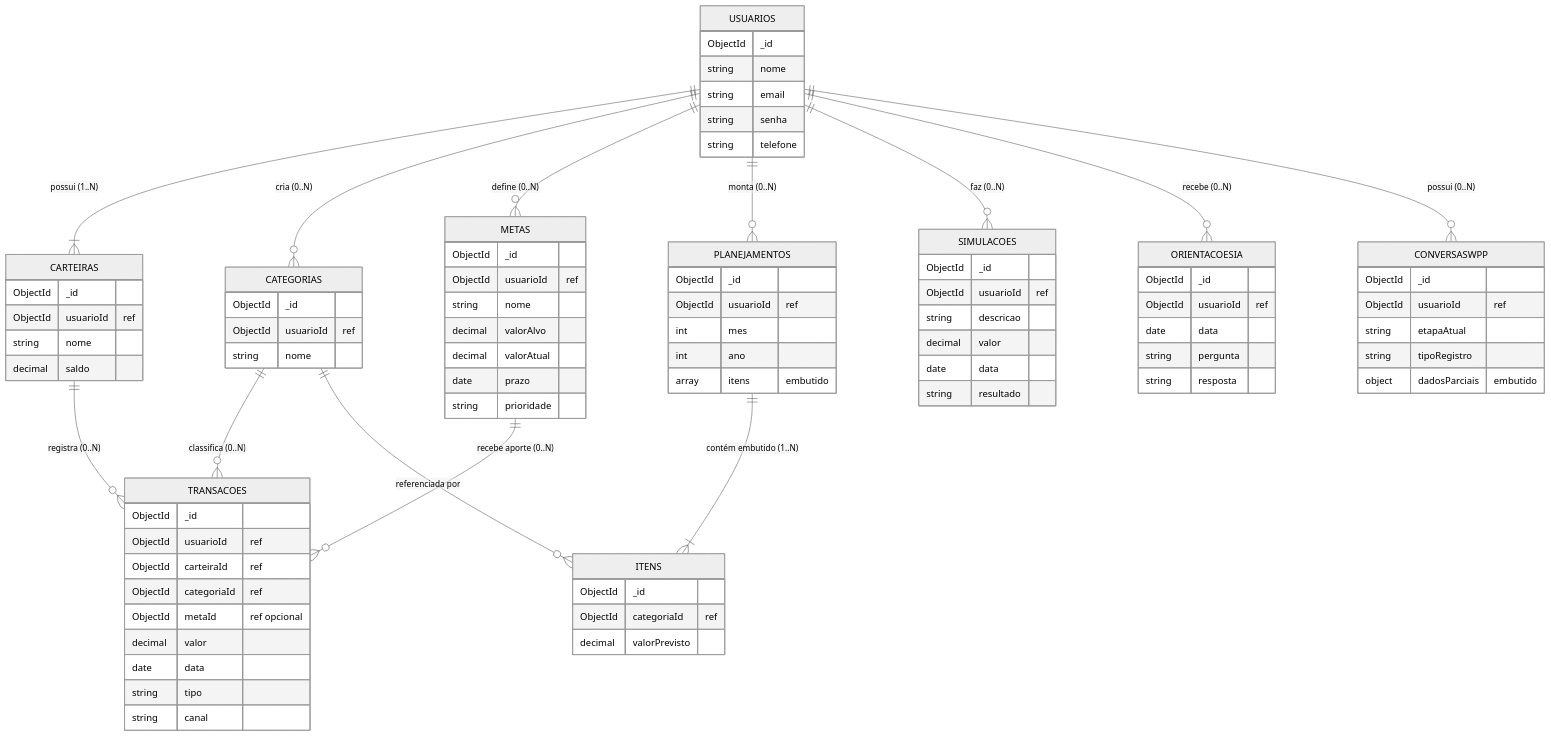
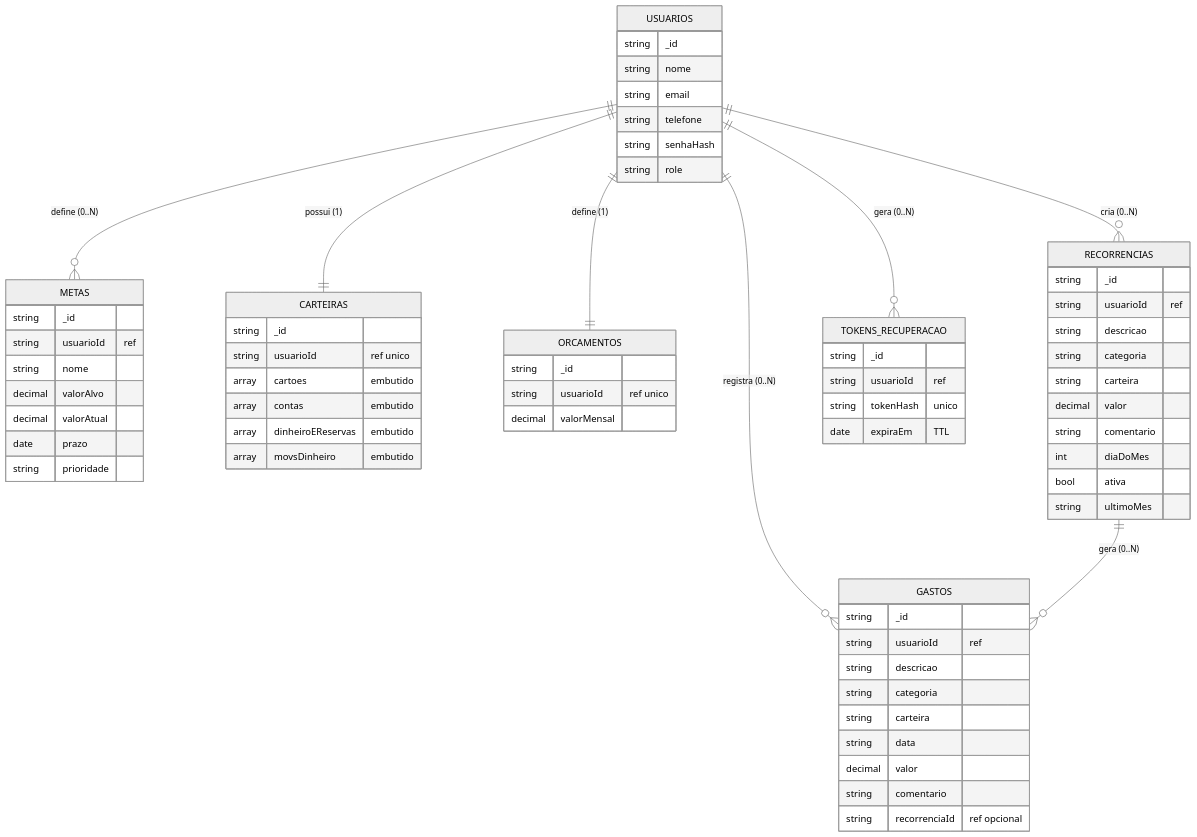
One commit to ICEI-PUC-Minas-PMGES-TI/pmg-es-2026-2-ti2-8183100-meu-bolso changed the diagram in Documentacao/ModeloDeDados.md. Above: the diagram before and after it, drawn with Mermaid (neutral theme). The commit also changed other lines of this file, not shown here.

Commit message:
docs: atualiza modelo de dados com as colecoes implementadas

````diff
--- a/Documentacao/ModeloDeDados.md
+++ b/Documentacao/ModeloDeDados.md
@@ -172,88 +135,70 @@
 ```mermaid
 erDiagram
-    USUARIOS ||--|{ CARTEIRAS : "possui (1..N)"
-    USUARIOS ||--o{ CATEGORIAS : "cria (0..N)"
     USUARIOS ||--o{ METAS : "define (0..N)"
-    USUARIOS ||--o{ PLANEJAMENTOS : "monta (0..N)"
-    USUARIOS ||--o{ SIMULACOES : "faz (0..N)"
-    USUARIOS ||--o{ ORIENTACOESIA : "recebe (0..N)"
-    USUARIOS ||--o{ CONVERSASWPP : "possui (0..N)"
-    CARTEIRAS ||--o{ TRANSACOES : "registra (0..N)"
-    CATEGORIAS ||--o{ TRANSACOES : "classifica (0..N)"
-    METAS ||--o{ TRANSACOES : "recebe aporte (0..N)"
-    PLANEJAMENTOS ||--|{ ITENS : "contém embutido (1..N)"
-    CATEGORIAS ||--o{ ITENS : "referenciada por"
+    USUARIOS ||--|| CARTEIRAS : "possui (1)"
+    USUARIOS ||--o{ GASTOS : "registra (0..N)"
+    USUARIOS ||--|| ORCAMENTOS : "define (1)"
+    USUARIOS ||--o{ RECORRENCIAS : "cria (0..N)"
+    USUARIOS ||--o{ TOKENS_RECUPERACAO : "gera (0..N)"
+    RECORRENCIAS ||--o{ GASTOS : "gera (0..N)"
 
     USUARIOS {
-        ObjectId _id
+        string _id
         string nome
         string email
-        string senha
         string telefone
-    }
-    CARTEIRAS {
-        ObjectId _id
-        ObjectId usuarioId "ref"
-        string nome
-        decimal saldo
-    }
-    CATEGORIAS {
-        ObjectId _id
-        ObjectId usuarioId "ref"
-        string nome
-    }
-    TRANSACOES {
-        ObjectId _id
-        ObjectId usuarioId "ref"
-        ObjectId carteiraId "ref"
-        ObjectId categoriaId "ref"
-        ObjectId metaId "ref opcional"
-        decimal valor
-        date data
-        string tipo
-        string canal
+        string senhaHash
+        string role
     }
     METAS {
-        ObjectId _id
-        ObjectId usuarioId "ref"
+        string _id
+        string usuarioId "ref"
         string nome
         decimal valorAlvo
         decimal valorAtual
         date prazo
         string prioridade
     }
-    PLANEJAMENTOS {
-        ObjectId _id
-        ObjectId usuarioId "ref"
-        int mes
-        int ano
-        array itens "embutido"
+    CARTEIRAS {
+        string _id
+        string usuarioId "ref unico"
+        array cartoes "embutido"
+        array contas "embutido"
+        array dinheiroEReservas "embutido"
+        array movsDinheiro "embutido"
     }
-    ITENS {
-        ObjectId _id
-        ObjectId categoriaId "ref"
-        decimal valorPrevisto
+    GASTOS {
+        string _id
+        string usuarioId "ref"
+        string descricao
+        string categoria
+        string carteira
+        string data
+        decimal valor
+        string comentario
+        string recorrenciaId "ref opcional"
     }
-    SIMULACOES {
-        ObjectId _id
-        ObjectId usuarioId "ref"
+    ORCAMENTOS {
+        string _id
+        string usuarioId "ref unico"
+        decimal valorMensal
+    }
+    RECORRENCIAS {
+        string _id
+        string usuarioId "ref"
         string descricao
+        string categoria
+        string carteira
         decimal valor
-        date data
-        string resultado
+        string comentario
+        int diaDoMes
+        bool ativa
+        string ultimoMes
     }
-    ORIENTACOESIA {
-        ObjectId _id
-        ObjectId usuarioId "ref"
-        date data
-        string pergunta
-        string resposta
-    }
-    CONVERSASWPP {
-        ObjectId _id
-        ObjectId usuarioId "ref"
-        string etapaAtual
-        string tipoRegistro
-        object dadosParciais "embutido"
+    TOKENS_RECUPERACAO {
+        string _id
+        string usuarioId "ref"
+        string tokenHash "unico"
+        date expiraEm "TTL"
     }
 ```
````
